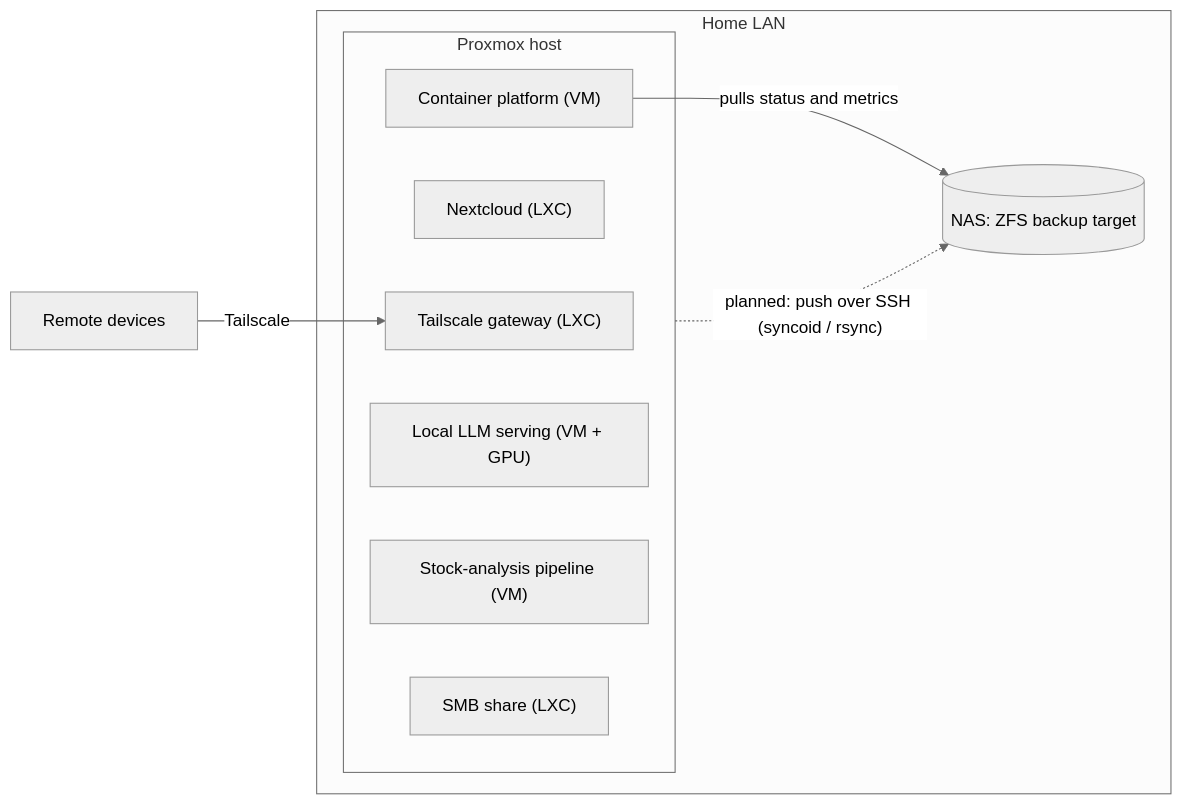
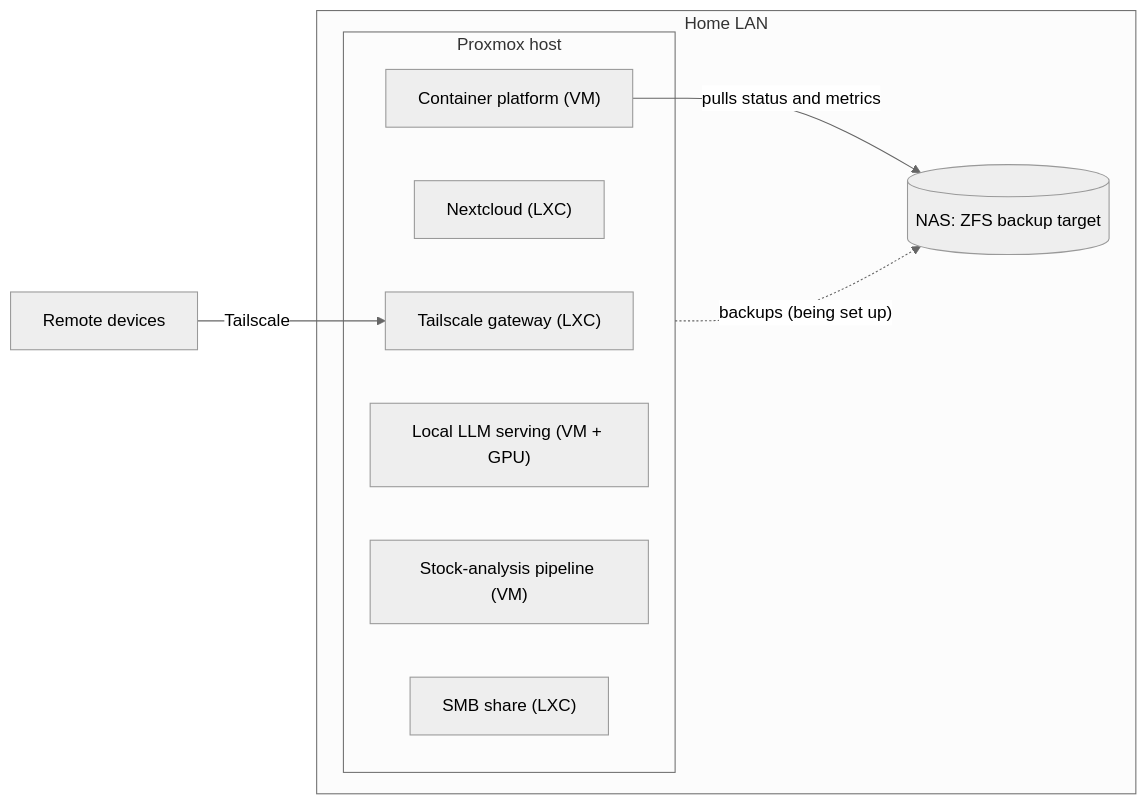
The diagram in README.md (bergaltay/homelab-infra), drawn with Mermaid (neutral theme) before and after one commit. The commit also changed other lines of this file and 2 other files, not shown here.

First line of the commit message:
Simplify docs: purpose, architecture, what runs

````diff
--- a/README.md
+++ b/README.md
@@ -18,17 +16,17 @@
 ```mermaid
 flowchart LR
   Remote["Remote devices"] -- "Tailscale" --> GW
   subgraph LAN["Home LAN"]
     subgraph PVE["Proxmox host"]
       GW["Tailscale gateway (LXC)"]
       NC["Nextcloud (LXC)"]
       CF["Container platform (VM)"]
       LLM["Local LLM serving (VM + GPU)"]
       BIST["Stock-analysis pipeline (VM)"]
       SMB["SMB share (LXC)"]
     end
     NAS[("NAS: ZFS backup target")]
   end
-  PVE -. "planned: push over SSH (syncoid / rsync)" .-> NAS
+  PVE -. "backups (being set up)" .-> NAS
   CF -- "pulls status and metrics" --> NAS
 ```
````
